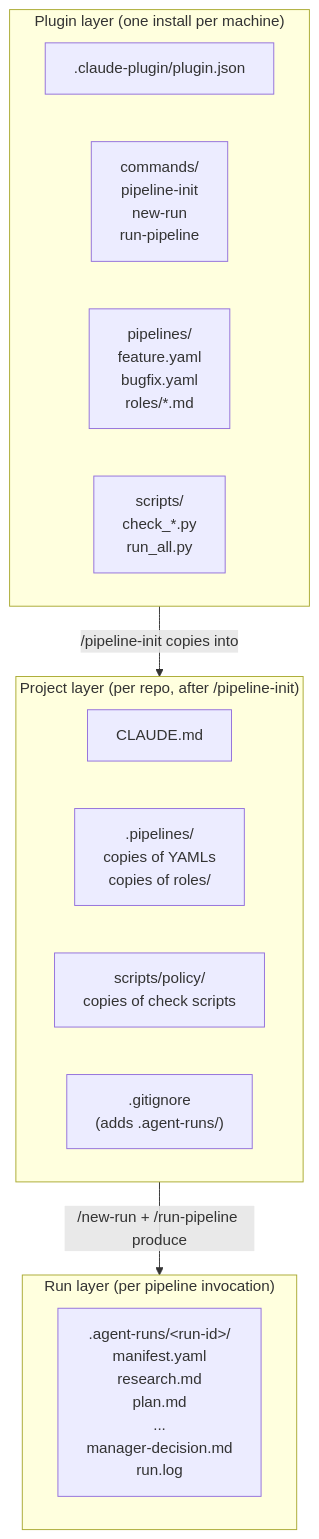
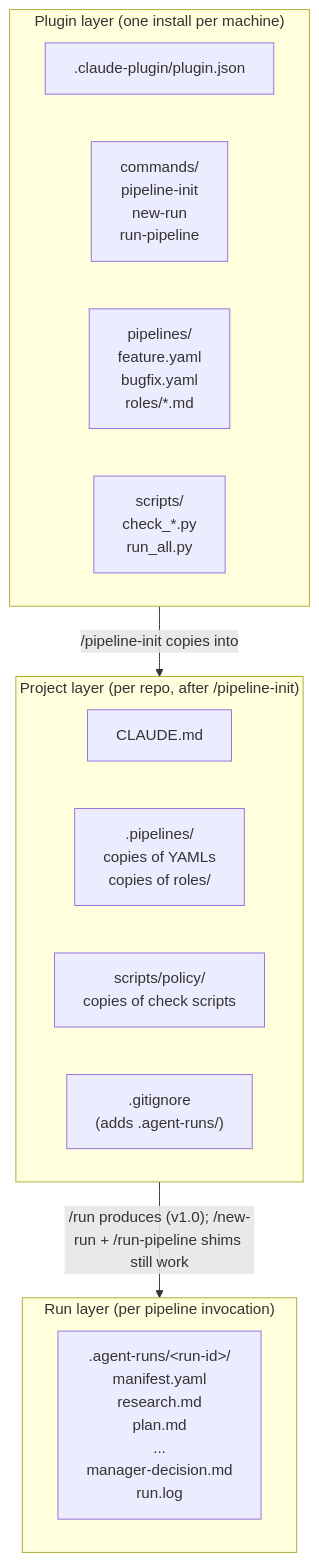
Before and after one commit to scottconverse/agent-pipeline-claude: the first of 10 diagrams in ARCHITECTURE.md, drawn with Mermaid. The commit also changed other lines of this file and 16 other files, not shown here.

````diff
--- a/ARCHITECTURE.md
+++ b/ARCHITECTURE.md
@@ -33,26 +40,26 @@
 ```mermaid
 flowchart TB
     subgraph PluginLayer["Plugin layer (one install per machine)"]
         direction LR
         A1[".claude-plugin/plugin.json"]
         A2["commands/<br/>pipeline-init<br/>new-run<br/>run-pipeline"]
         A3["pipelines/<br/>feature.yaml<br/>bugfix.yaml<br/>roles/*.md"]
         A4["scripts/<br/>check_*.py<br/>run_all.py"]
     end
 
     subgraph ProjectLayer["Project layer (per repo, after /pipeline-init)"]
         direction LR
         B1["CLAUDE.md"]
         B2[".pipelines/<br/>copies of YAMLs<br/>copies of roles/"]
         B3["scripts/policy/<br/>copies of check scripts"]
         B4[".gitignore<br/>(adds .agent-runs/)"]
     end
 
     subgraph RunLayer["Run layer (per pipeline invocation)"]
         direction LR
         C1[".agent-runs/&lt;run-id&gt;/<br/>manifest.yaml<br/>research.md<br/>plan.md<br/>...<br/>manager-decision.md<br/>run.log"]
     end
 
     PluginLayer -- "/pipeline-init copies into" --> ProjectLayer
-    ProjectLayer -- "/new-run + /run-pipeline produce" --> RunLayer
+    ProjectLayer -- "/run produces (v1.0); /new-run + /run-pipeline shims still work" --> RunLayer
 ```
````
